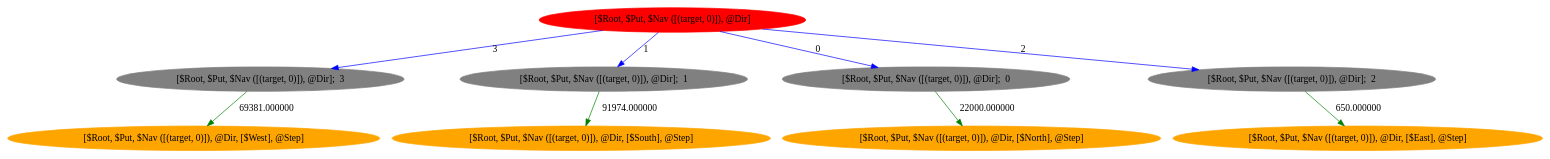
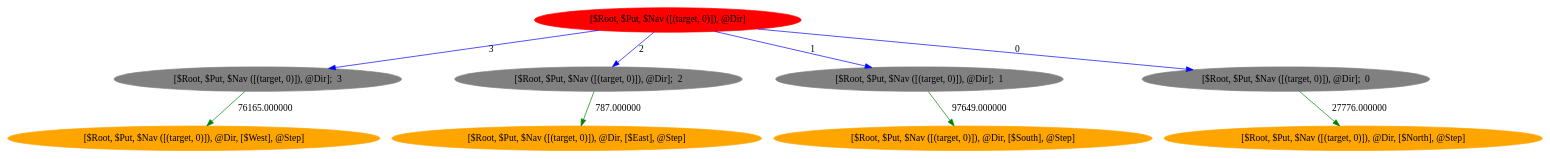
The diagram in data/hierarchicalfsm-int_(4, 0, 1, 0)_transitions.dot (aijunbai/taxi), drawn with Graphviz before and after one commit. The commit also changed 38 other files, not shown here.

```diff
--- a/data/hierarchicalfsm-int_(4, 0, 1, 0)_transitions.dot
+++ b/data/hierarchicalfsm-int_(4, 0, 1, 0)_transitions.dot
@@ -1,21 +1,21 @@
 Digraph "" {
 ratio=fill
 node [style=filled];
 	1 [label="[$Root, $Put, $Nav ([(target, 0)]), @Dir]"][color="red"];
 	2 [label="[$Root, $Put, $Nav ([(target, 0)]), @Dir];  3"][color="gray"];
 	3 [label="[$Root, $Put, $Nav ([(target, 0)]), @Dir, [$West], @Step]"][color="orange"];
-	4 [label="[$Root, $Put, $Nav ([(target, 0)]), @Dir];  1"][color="gray"];
-	5 [label="[$Root, $Put, $Nav ([(target, 0)]), @Dir, [$South], @Step]"][color="orange"];
-	6 [label="[$Root, $Put, $Nav ([(target, 0)]), @Dir];  0"][color="gray"];
-	7 [label="[$Root, $Put, $Nav ([(target, 0)]), @Dir, [$North], @Step]"][color="orange"];
-	8 [label="[$Root, $Put, $Nav ([(target, 0)]), @Dir];  2"][color="gray"];
-	9 [label="[$Root, $Put, $Nav ([(target, 0)]), @Dir, [$East], @Step]"][color="orange"];
-	1 -> 8 [color="blue"][label="2"];
-	1 -> 6 [color="blue"][label="0"];
-	1 -> 4 [color="blue"][label="1"];
+	4 [label="[$Root, $Put, $Nav ([(target, 0)]), @Dir];  2"][color="gray"];
+	5 [label="[$Root, $Put, $Nav ([(target, 0)]), @Dir, [$East], @Step]"][color="orange"];
+	6 [label="[$Root, $Put, $Nav ([(target, 0)]), @Dir];  1"][color="gray"];
+	7 [label="[$Root, $Put, $Nav ([(target, 0)]), @Dir, [$South], @Step]"][color="orange"];
+	8 [label="[$Root, $Put, $Nav ([(target, 0)]), @Dir];  0"][color="gray"];
+	9 [label="[$Root, $Put, $Nav ([(target, 0)]), @Dir, [$North], @Step]"][color="orange"];
+	1 -> 8 [color="blue"][label="0"];
+	1 -> 6 [color="blue"][label="1"];
+	1 -> 4 [color="blue"][label="2"];
 	1 -> 2 [color="blue"][label="3"];
-	2 -> 3 [color="green"][label="69381.000000"];
-	4 -> 5 [color="green"][label="91974.000000"];
-	6 -> 7 [color="green"][label="22000.000000"];
-	8 -> 9 [color="green"][label="650.000000"];
+	2 -> 3 [color="green"][label="76165.000000"];
+	4 -> 5 [color="green"][label="787.000000"];
+	6 -> 7 [color="green"][label="97649.000000"];
+	8 -> 9 [color="green"][label="27776.000000"];
 }
```
